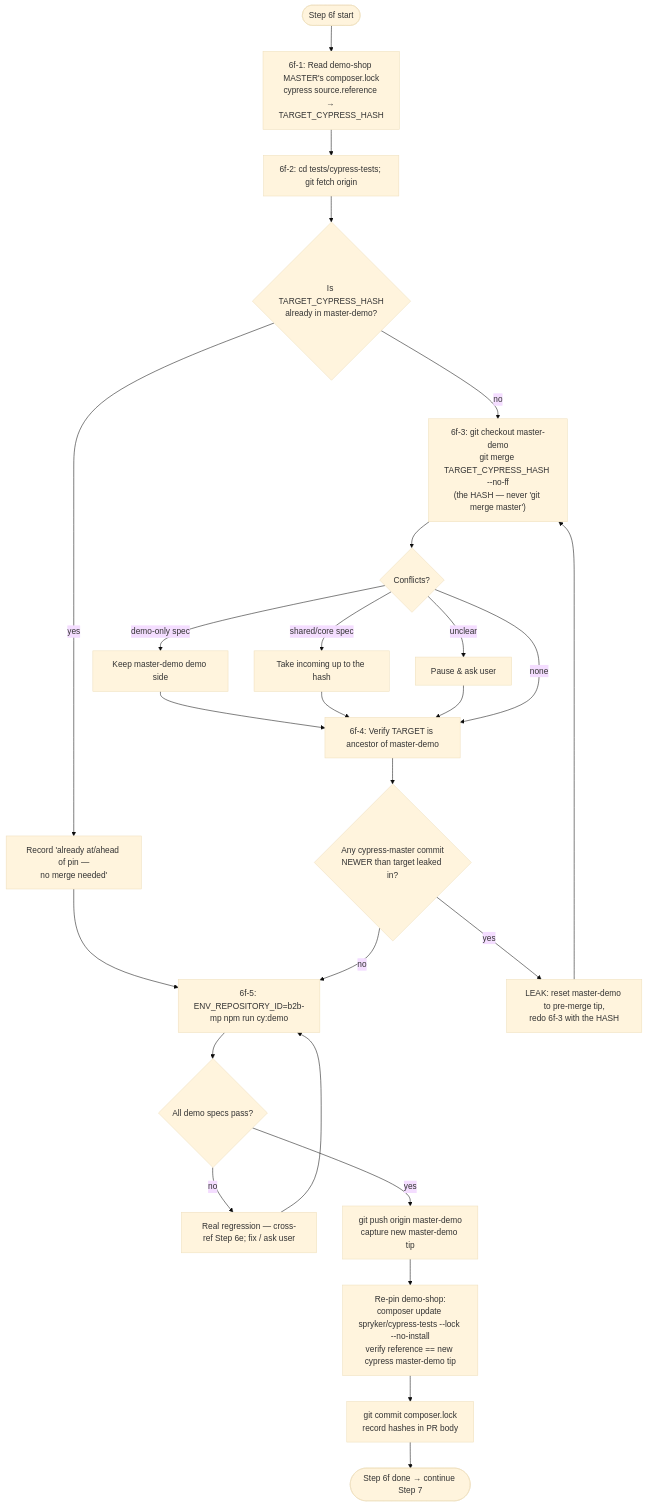
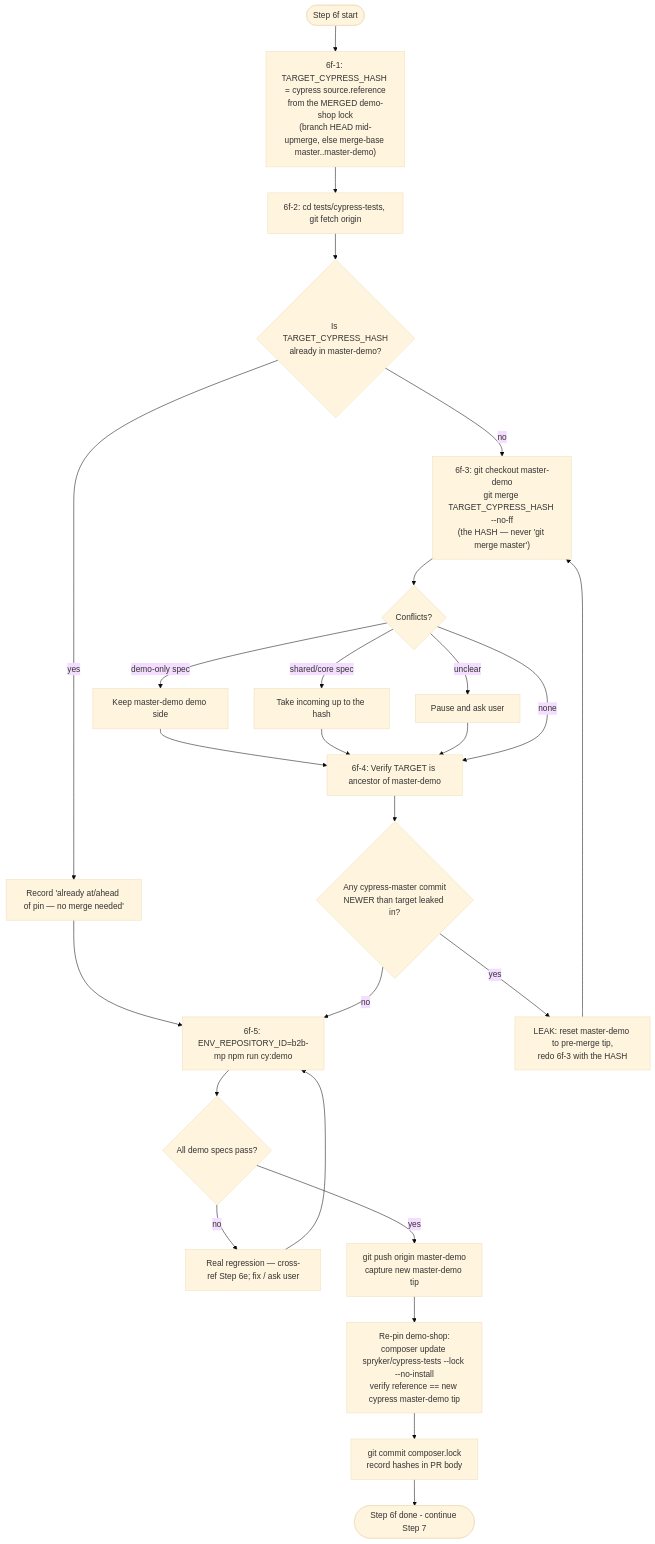
One commit to spryker-shop/b2b-demo-marketplace changed the second of 2 diagrams in .claude/skills/upmerge-master-to-demo/README.md. Above: the diagram before and after it, drawn with Mermaid (base theme). The commit also changed other lines of this file and 2 other files, not shown here.

First line of the commit message:
CC-39427: clarify cypress upmerge by hash and add quality gate

````diff
--- a/.claude/skills/upmerge-master-to-demo/README.md
+++ b/.claude/skills/upmerge-master-to-demo/README.md
@@ -115,24 +124,24 @@
 ```mermaid
 flowchart TD
-    A([Step 6f start]) --> B["6f-1: Read demo-shop MASTER's composer.lock<br/>cypress source.reference → TARGET_CYPRESS_HASH"]
-    B --> C[6f-2: cd tests/cypress-tests; git fetch origin]
+    A([Step 6f start]) --> B["6f-1: TARGET_CYPRESS_HASH = cypress source.reference<br/>from the MERGED demo-shop lock<br/>(branch HEAD mid-upmerge, else merge-base master..master-demo)"]
+    B --> C["6f-2: cd tests/cypress-tests, git fetch origin"]
     C --> D{Is TARGET_CYPRESS_HASH<br/>already in master-demo?}
-    D -- yes --> Dx[Record 'already at/ahead of pin —<br/>no merge needed'] --> RUN
+    D -- yes --> Dx["Record 'already at/ahead of pin — no merge needed'"] --> RUN
     D -- no --> E["6f-3: git checkout master-demo<br/>git merge TARGET_CYPRESS_HASH --no-ff<br/>(the HASH — never 'git merge master')"]
     E --> F{Conflicts?}
-    F -- demo-only spec --> F1[Keep master-demo demo side] --> G
-    F -- shared/core spec --> F2[Take incoming up to the hash] --> G
-    F -- unclear --> Fx[Pause & ask user] --> G
+    F -- demo-only spec --> F1["Keep master-demo demo side"] --> G
+    F -- shared/core spec --> F2["Take incoming up to the hash"] --> G
+    F -- unclear --> Fx["Pause and ask user"] --> G
     F -- none --> G
-    G[6f-4: Verify TARGET is ancestor of master-demo]
+    G["6f-4: Verify TARGET is ancestor of master-demo"]
     G --> H{Any cypress-master commit<br/>NEWER than target leaked in?}
-    H -- yes --> Hx[LEAK: reset master-demo to pre-merge tip,<br/>redo 6f-3 with the HASH] --> E
+    H -- yes --> Hx["LEAK: reset master-demo to pre-merge tip,<br/>redo 6f-3 with the HASH"] --> E
     H -- no --> RUN
     RUN["6f-5: ENV_REPOSITORY_ID=b2b-mp npm run cy:demo"]
     RUN --> I{All demo specs pass?}
-    I -- no --> Ix[Real regression — cross-ref Step 6e; fix / ask user] --> RUN
+    I -- no --> Ix["Real regression — cross-ref Step 6e; fix / ask user"] --> RUN
     I -- yes --> J[git push origin master-demo<br/>capture new master-demo tip]
     J --> K["Re-pin demo-shop:<br/>composer update spryker/cypress-tests --lock --no-install<br/>verify reference == new cypress master-demo tip"]
     K --> L[git commit composer.lock<br/>record hashes in PR body]
-    L --> M([Step 6f done → continue Step 7])
+    L --> M(["Step 6f done - continue Step 7"])
 ```
````
